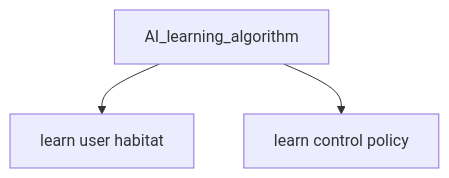
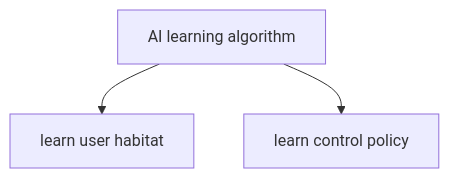
Before and after one commit to eddylau328/fyp-artificial-intelligence-ac-control-device: the third of 4 diagrams in README.md, drawn with Mermaid. The commit also changed other lines of this file, not shown here.

````diff
--- a/README.md
+++ b/README.md
@@ -43,5 +43,5 @@
 ```mermaid
 graph TD;
-    c2["AI_learning_algorithm"]-->d4["learn user habitat"];
+    c2["AI learning algorithm"]-->d4["learn user habitat"];
     c2-->d5["learn control policy"];
 ```
````
